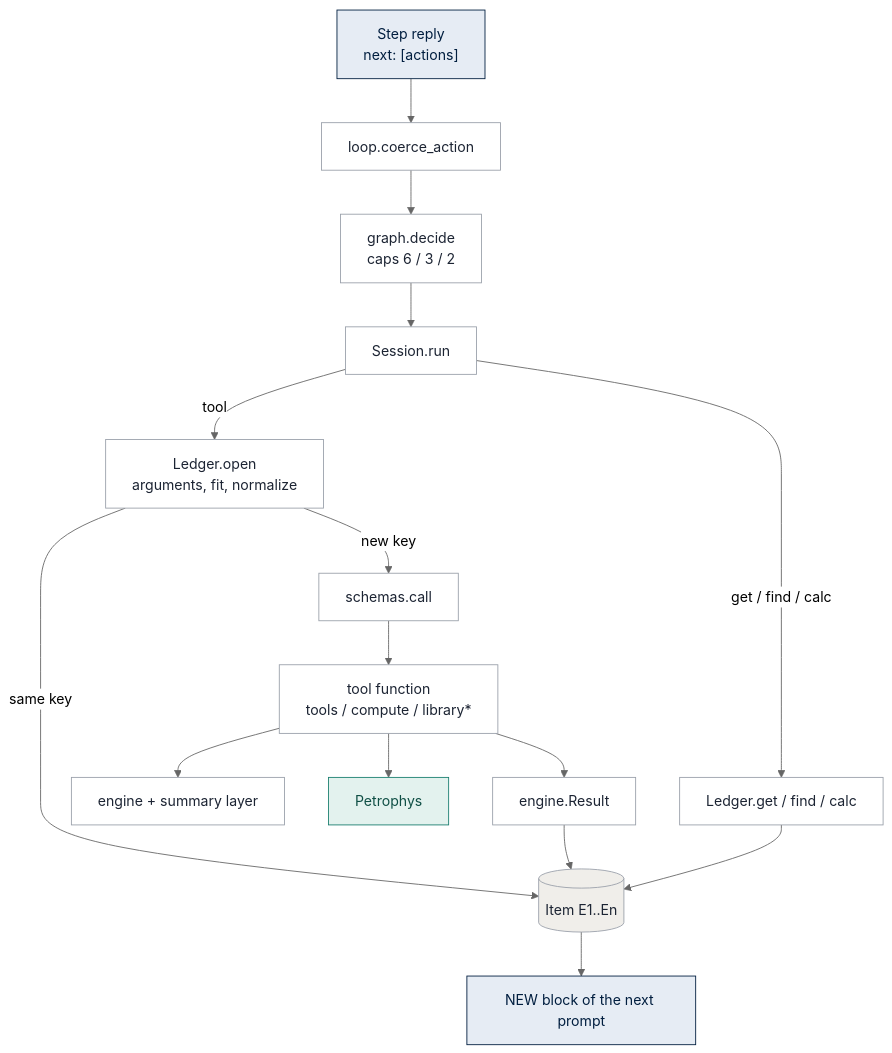
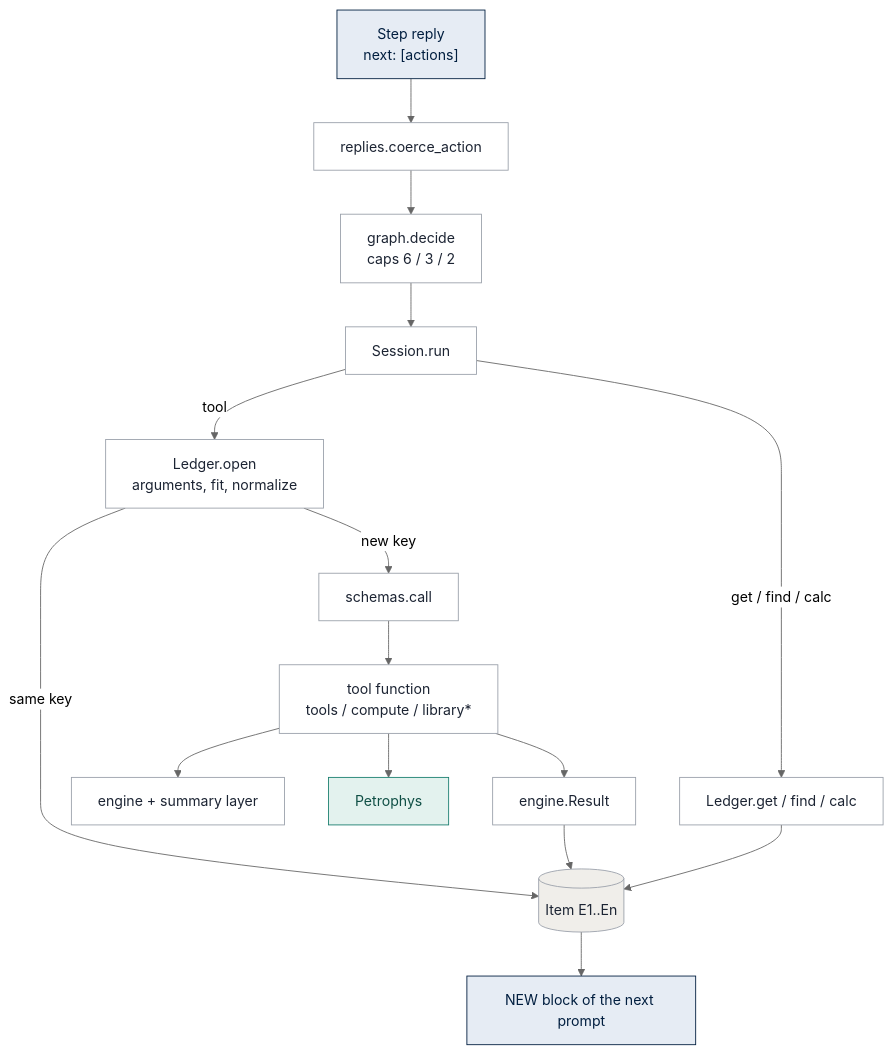
Before and after one commit to sambalshikhar/PetroHarness: the second of 2 diagrams in docs/reference/TOOLS_REFERENCE.md, drawn with Mermaid (neutral theme). The commit also changed other lines of this file and 248 other files, not shown here.

````diff
--- a/docs/reference/TOOLS_REFERENCE.md
+++ b/docs/reference/TOOLS_REFERENCE.md
@@ -49,22 +51,22 @@
 ```mermaid
 flowchart TD
-    reply["Step reply<br/>next: [actions]"]:::model --> coerce["loop.coerce_action"]:::code
+    reply["Step reply<br/>next: [actions]"]:::model --> coerce["replies.coerce_action"]:::code
     coerce --> decide["graph.decide<br/>caps 6 / 3 / 2"]:::code
     decide --> run["Session.run"]:::code
     run -- "tool" --> open["Ledger.open<br/>arguments, fit, normalize"]:::code
     run -- "get / find / calc" --> ledgerops["Ledger.get / find / calc"]:::code
     open -- "new key" --> runcall["schemas.call"]:::code
     open -- "same key" --> item
     runcall --> fn["tool function<br/>tools / compute / library*"]:::code
     fn --> engine["engine + summary layer"]:::code
     fn --> pp["Petrophys"]:::petrophys
     fn --> result["engine.Result"]:::code
     result --> item[("Item E1..En")]:::record
     ledgerops --> item
     item --> new["NEW block of the next prompt"]:::model
 
     classDef model fill:#e6ecf4,stroke:#011e3f,color:#011e3f
     classDef code fill:#ffffff,stroke:#9aa0aa,color:#1c2433
     classDef record fill:#f0eeea,stroke:#9aa0aa,color:#1c2433
     classDef petrophys fill:#e3f2ee,stroke:#197e6f,color:#0f4f45
 ```
````
